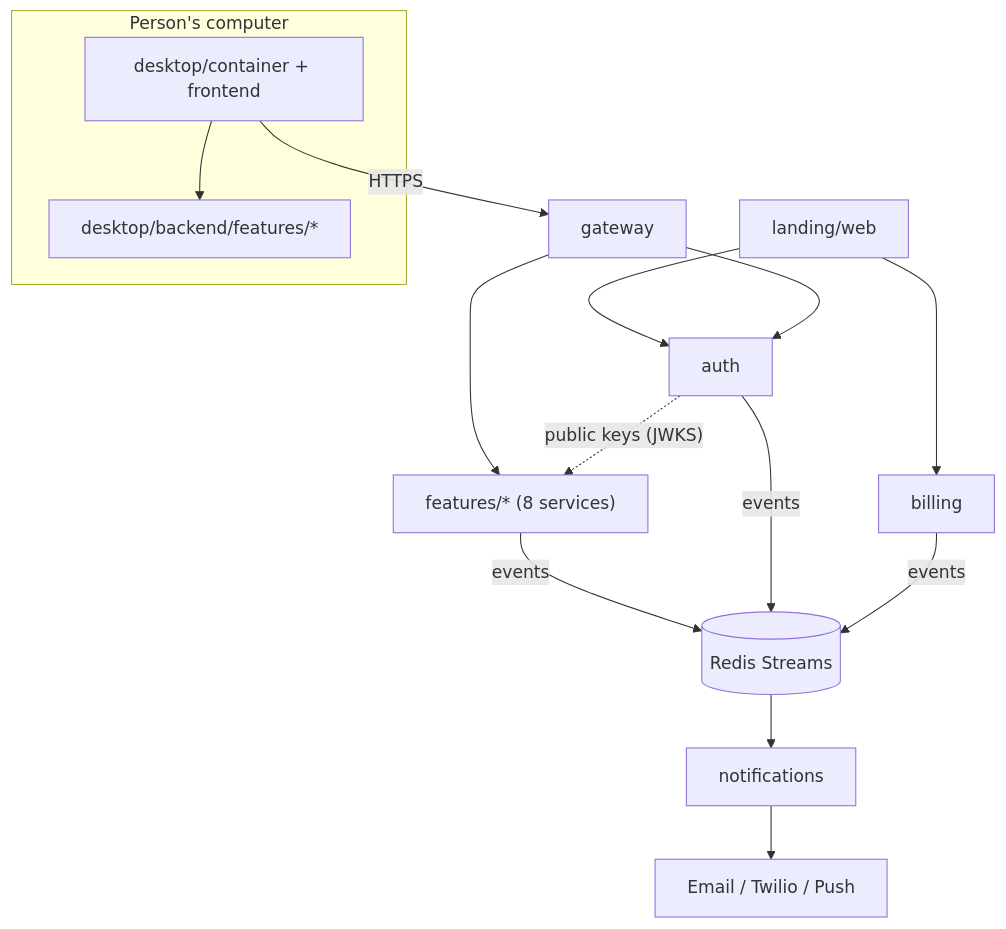
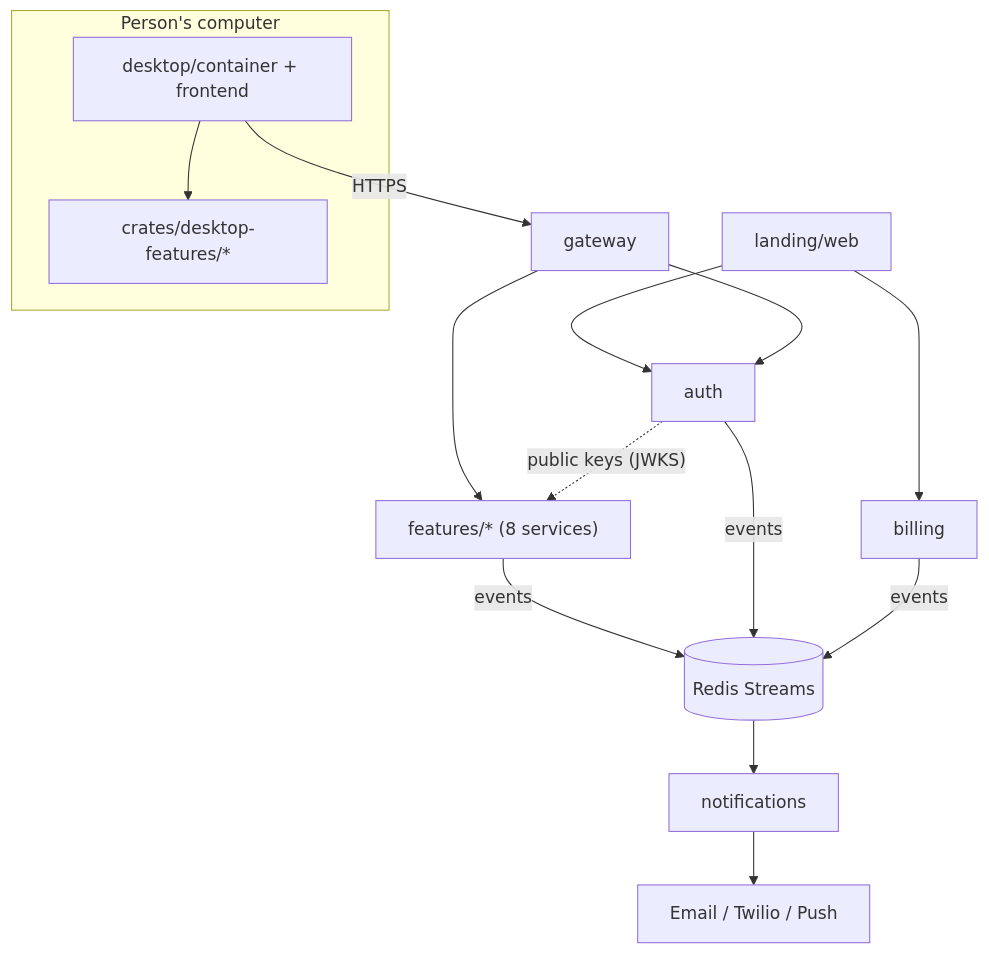
The diagram in Caller Whale CRM/docs/plans/service-architecture.md (Mohammed-HeshamMohammed/Turf), drawn with Mermaid before and after one commit. The commit also changed other lines of this file and 388 other files, not shown here.

````diff
--- a/Caller Whale CRM/docs/plans/service-architecture.md
+++ b/Caller Whale CRM/docs/plans/service-architecture.md
@@ -79,19 +79,19 @@
 ```mermaid
 flowchart TB
     subgraph PC["Person's computer"]
         App["desktop/container + frontend"]
-        LB["desktop/backend/features/*"]
+        LB["crates/desktop-features/*"]
         App --> LB
     end
     Web["landing/web"] --> Auth
     Web --> Bill["billing"]
     App -- HTTPS --> GW["gateway"]
     GW --> Auth["auth"]
     GW --> F["features/* (8 services)"]
     F -- events --> Bus[("Redis Streams")]
     Auth -- events --> Bus
     Bill -- events --> Bus
     Bus --> N["notifications"]
     N --> Ext["Email / Twilio / Push"]
     Auth -. "public keys (JWKS)" .-> F
 ```
````
